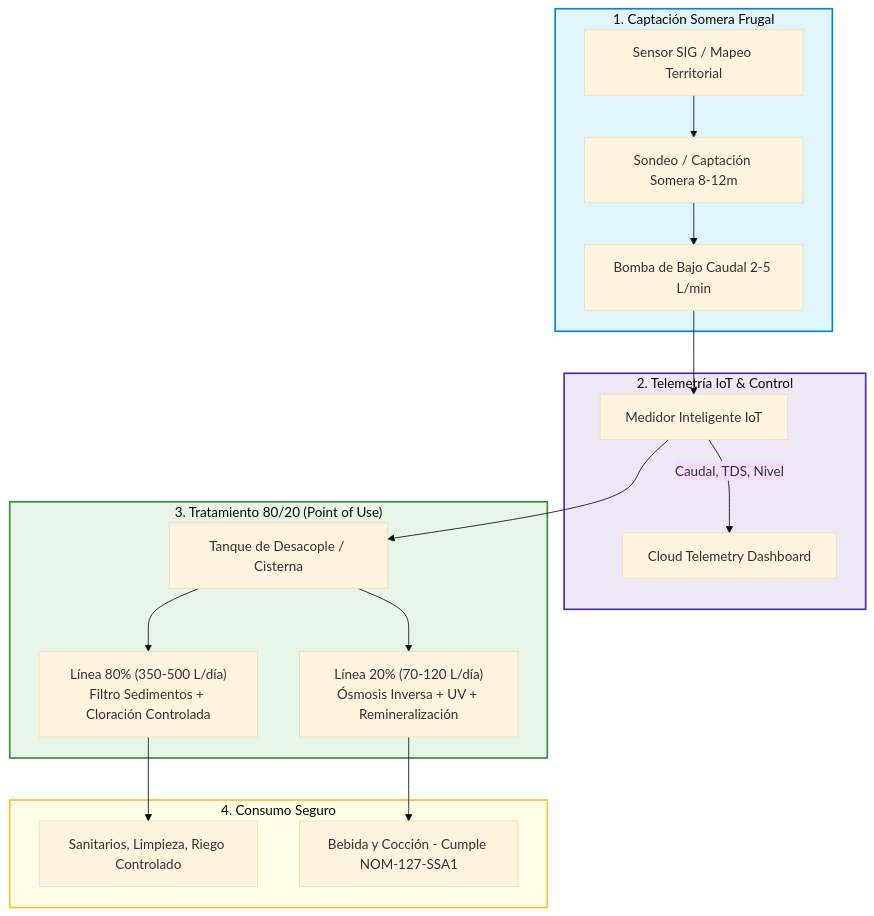
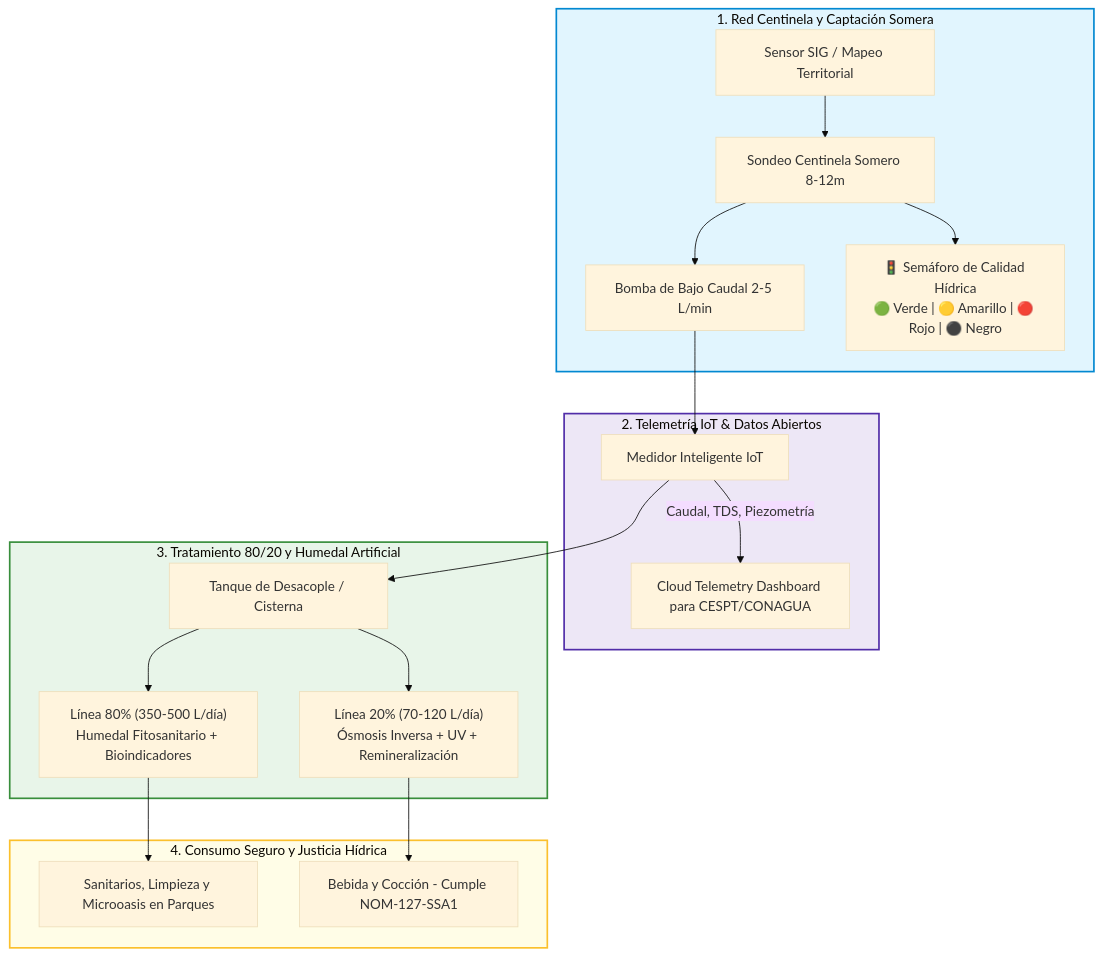
One commit to quecrap/123portijuana changed the first of 2 diagrams in README.md. Above: the diagram before and after it, drawn with Mermaid (base theme). The commit also changed other lines of this file and 2 other files, not shown here.

Commit message:
feat: add water quality centinela semaforo, constructed wetland with bioindicators (langostinos), and park microoasis for environmental justice

````diff
--- a/README.md
+++ b/README.md
@@ -60,28 +59,29 @@
 ```mermaid
 flowchart TD
-    subgraph CAPTACION ["1. Captación Somera Frugal"]
-        A[Sensor SIG / Mapeo Territorial] --> B[Sondeo / Captación Somera 8-12m]
+    subgraph CAPTACION ["1. Red Centinela y Captación Somera"]
+        A[Sensor SIG / Mapeo Territorial] --> B[Sondeo Centinela Somero 8-12m]
         B --> C[Bomba de Bajo Caudal 2-5 L/min]
+        B --> S["🚦 Semáforo de Calidad Hídrica<br>🟢 Verde | 🟡 Amarillo | 🔴 Rojo | ⚫ Negro"]
     end
 
-    subgraph MONITOREO ["2. Telemetría IoT & Control"]
+    subgraph MONITOREO ["2. Telemetría IoT & Datos Abiertos"]
         C --> D[Medidor Inteligente IoT]
-        D -->|Caudal, TDS, Nivel| E[Cloud Telemetry Dashboard]
+        D -->|Caudal, TDS, Piezometría| E[Cloud Telemetry Dashboard para CESPT/CONAGUA]
     end
 
-    subgraph ARQUITECTURA_8020 ["3. Tratamiento 80/20 (Point of Use)"]
+    subgraph ARQUITECTURA_8020 ["3. Tratamiento 80/20 y Humedal Artificial"]
         D --> F[Tanque de Desacople / Cisterna]
-        F --> G["Línea 80% (350-500 L/día)<br>Filtro Sedimentos + Cloración Controlada"]
+        F --> G["Línea 80% (350-500 L/día)<br>Humedal Fitosanitario + Bioindicadores"]
         F --> H["Línea 20% (70-120 L/día)<br>Ósmosis Inversa + UV + Remineralización"]
     end
 
-    subgraph USOS_FINALES ["4. Consumo Seguro"]
-        G --> I[Sanitarios, Limpieza, Riego Controlado]
+    subgraph USOS_FINALES ["4. Consumo Seguro y Justicia Hídrica"]
+        G --> I[Sanitarios, Limpieza y Microoasis en Parques]
         H --> J[Bebida y Cocción - Cumple NOM-127-SSA1]
     end
 
     style CAPTACION fill:#e1f5fe,stroke:#0288d1,stroke-width:2px;
     style MONITOREO fill:#ede7f6,stroke:#512da8,stroke-width:2px;
     style ARQUITECTURA_8020 fill:#e8f5e9,stroke:#388e3c,stroke-width:2px;
     style USOS_FINALES fill:#fffde7,stroke:#fbc02d,stroke-width:2px;
 ```
````
